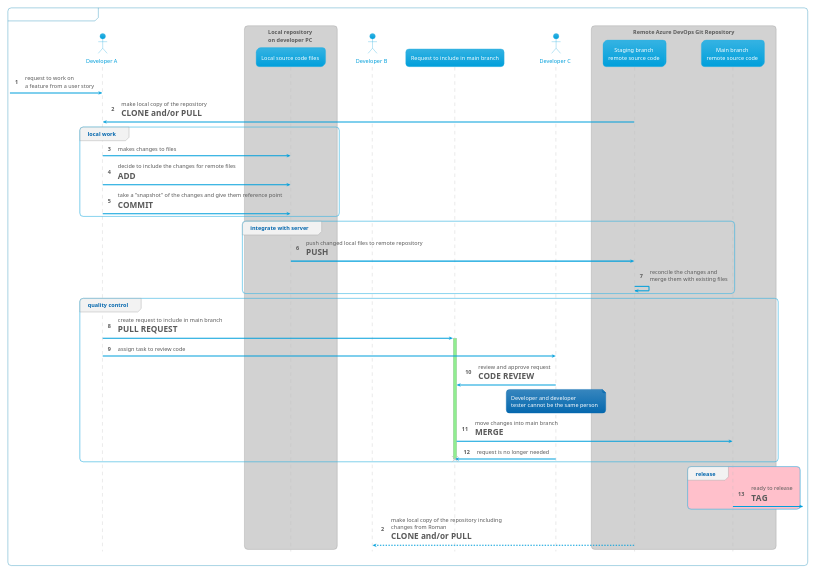
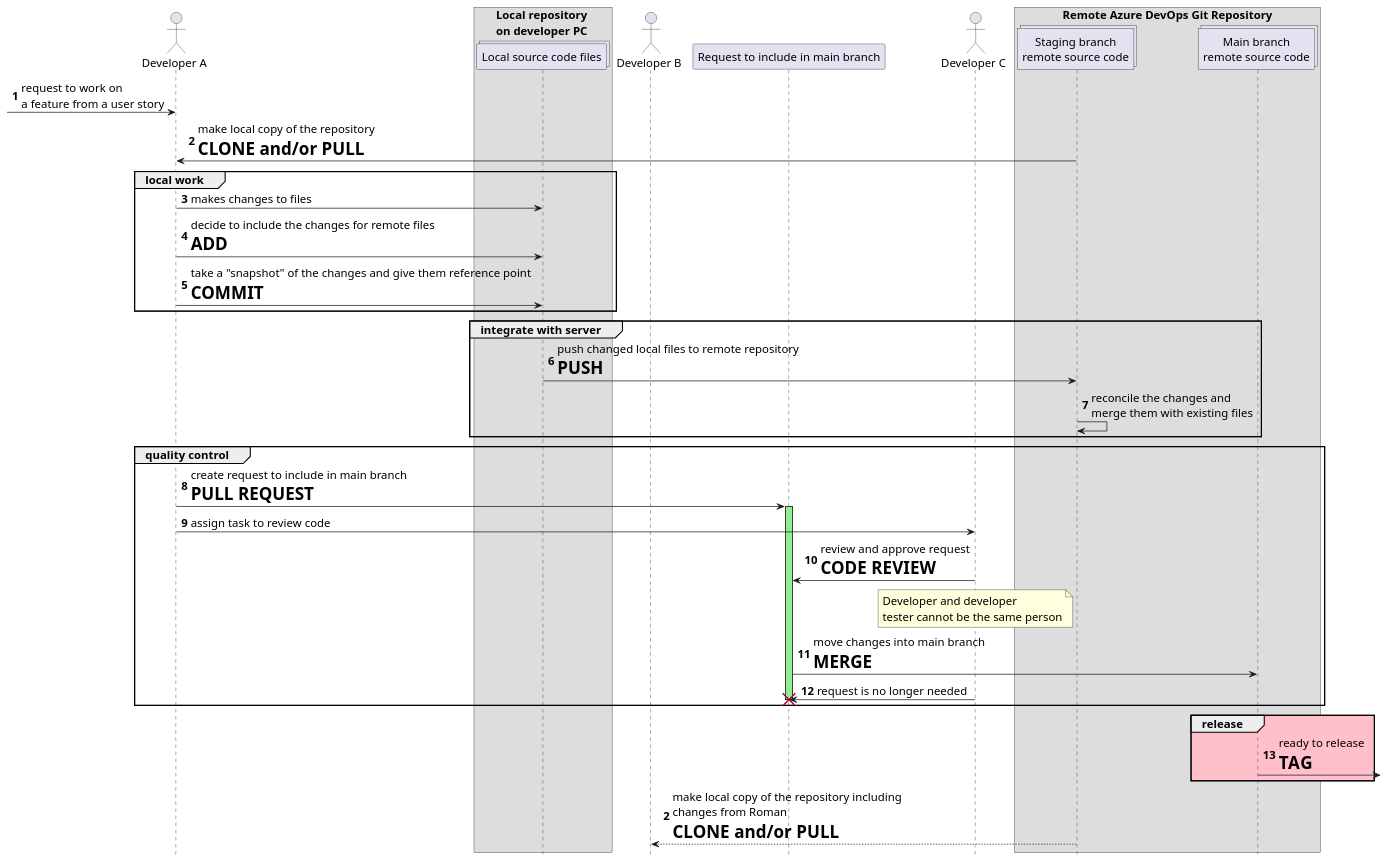
One commit to Piotr1215/cloudrumble changed the diagram in diagrams/git-workflow.puml. Above: the diagram before and after it, drawn with PlantUML. The commit also changed 3 other files, not shown here.

```diff
--- a/diagrams/git-workflow.puml
+++ b/diagrams/git-workflow.puml
@@ -1,58 +1,58 @@
 @startuml simplified-azure-git-workflow
-!theme bluegray
+''!theme bluegray
 
 'title "Fundamentals of working with git in Azure DevOps"
-mainframe **Fundamentals of working with git**
+'mainframe **Fundamentals of working with git**
 hide footbox
 autonumber
 
 skinparam DefaultFontSize 16
 
-scale 1024 width
-scale 768 height
+'scale 1024 width
+'scale 768 height
 
 actor "Developer A" as dev
 
 box Local repository \non developer PC
 collections "Local source code files" as localcode
 end box
 actor "Developer B" as devana
 
 participant "Request to include in main branch" as pullrequest
 
 actor "Developer C" as devtest
 
 box "Remote Azure DevOps Git Repository"
     collections "Staging branch\nremote source code" as remotecode
     collections "Main branch\nremote source code" as remotecodemaster
 end box
 
 [-> dev : request to work on \na feature from a user story
 
 dev <- remotecode : make local copy of the repository\n=**CLONE and/or PULL**
 group local work
     dev -> localcode : makes changes to files
     dev -> localcode : decide to include the changes for remote files\n= **ADD**
     dev -> localcode : take a "snapshot" of the changes and give them reference point\n= **COMMIT**
 end
 group integrate with server
     localcode -> remotecode : push changed local files to remote repository\n= **PUSH**
     remotecode -> remotecode : reconcile the changes and \nmerge them with existing files
 end
 group quality control
     dev -> pullrequest ++  #LightGreen : create request to include in main branch\n= **PULL REQUEST**
     dev -> devtest : assign task to review code
     devtest -> pullrequest : review and approve request\n= **CODE REVIEW**
     note over devtest
         <size:16>Developer and developer</size>
         <size:16>tester cannot be the same person</size>
     end note
     pullrequest -> remotecodemaster : move changes into main branch\n= **MERGE**
     devtest -> pullrequest !! : request is no longer needed
 end
 group #Pink release
     remotecodemaster ->]: ready to release\n=**TAG**
 end
 autonumber 2
 devana <--- remotecode : make local copy of the repository including\nchanges from Roman\n= **CLONE and/or PULL**
 @enduml
```
